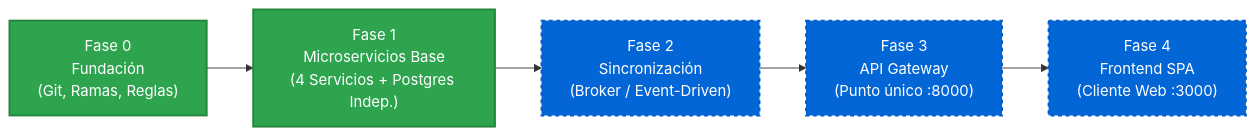
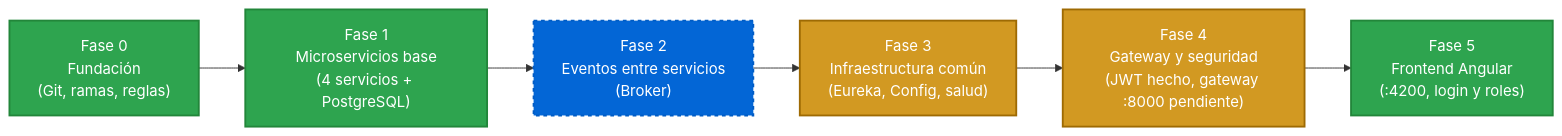
The second of 2 diagrams in README.md (ANDERSOUNDZ/helpdesk), drawn with Mermaid before and after one commit. The commit also changed other lines of this file and 1 other file, not shown here.

````diff
--- a/README.md
+++ b/README.md
@@ -47,16 +47,19 @@
 ```mermaid
 flowchart LR
-    F0["Fase 0\nFundación\n(Git, Ramas, Reglas)"]:::completed
-    F1["Fase 1\nMicroservicios Base\n(4 Servicios + Postgres Indep.)"]:::completed
-    F2["Fase 2\nSincronización\n(Broker / Event-Driven)"]:::planned
-    F3["Fase 3\nAPI Gateway\n(Punto único :8000)"]:::planned
-    F4["Fase 4\nFrontend SPA\n(Cliente Web :3000)"]:::planned
+    F0["Fase 0\nFundación\n(Git, ramas, reglas)"]:::completed
+    F1["Fase 1\nMicroservicios base\n(4 servicios + PostgreSQL)"]:::completed
+    F2["Fase 2\nEventos entre servicios\n(Broker)"]:::planned
+    F3["Fase 3\nInfraestructura común\n(Eureka, Config, salud)"]:::partial
+    F4["Fase 4\nGateway y seguridad\n(JWT hecho, gateway :8000 pendiente)"]:::partial
+    F5["Fase 5\nFrontend Angular\n(:4200, login y roles)"]:::completed
 
     F0 --> F1
     F1 --> F2
     F2 --> F3
     F3 --> F4
+    F4 --> F5
 
     classDef completed fill:#2ea44f,stroke:#22863a,stroke-width:2px,color:#fff;
+    classDef partial fill:#d29922,stroke:#9e6a03,stroke-width:2px,color:#fff;
     classDef planned fill:#0366d6,stroke:#005cc5,stroke-width:2px,color:#fff,stroke-dasharray: 4 4;
 ```
````
